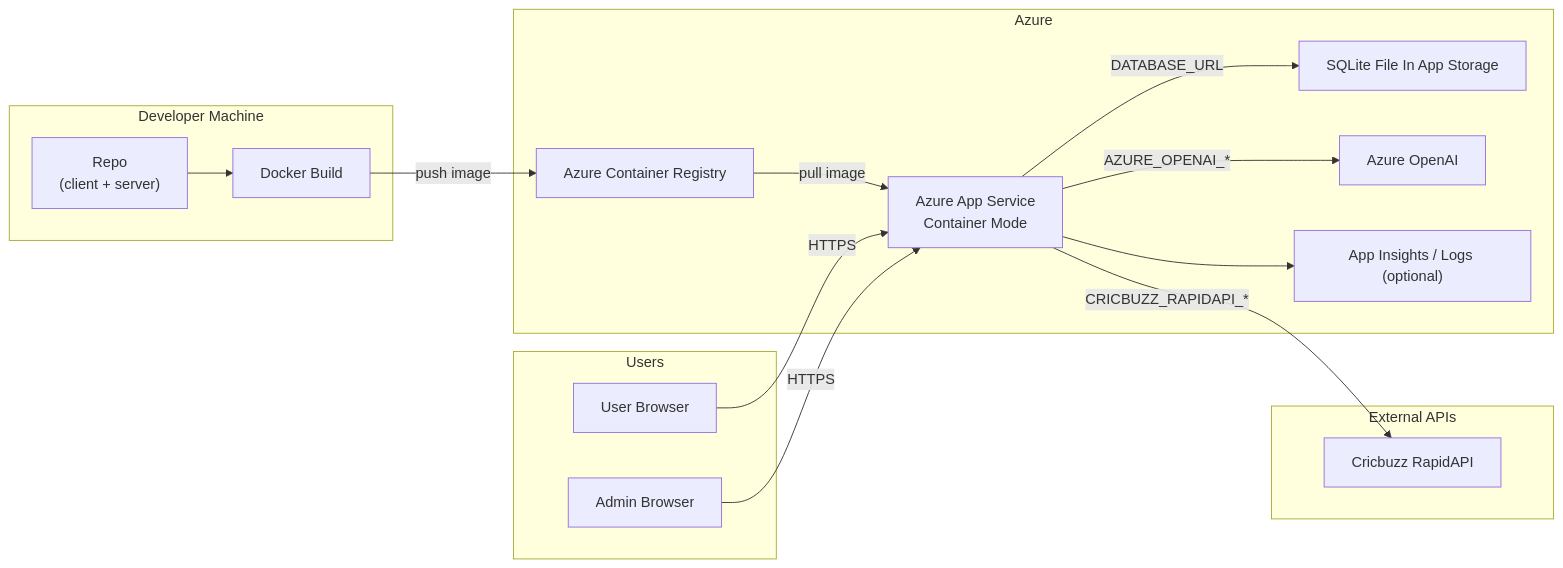
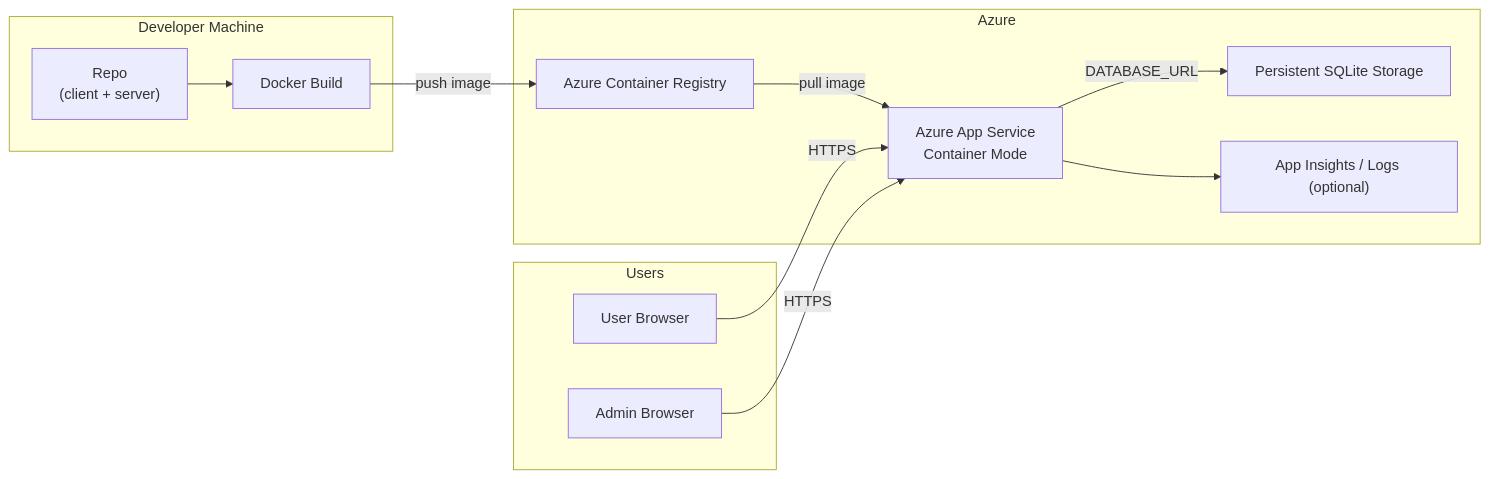
The diagram in deploy/azure/README.md (ankmohap/IFL_sqllite_public), drawn with Mermaid before and after one commit. The commit also changed other lines of this file and 6 other files, not shown here.

````diff
--- a/deploy/azure/README.md
+++ b/deploy/azure/README.md
@@ -10,34 +12,27 @@
 ```mermaid
 flowchart LR
   subgraph Dev["Developer Machine"]
     SRC["Repo\n(client + server)"]
     DOCKER["Docker Build"]
   end
 
   subgraph Azure
     ACR["Azure Container Registry"]
     APP["Azure App Service\nContainer Mode"]
-    DB["SQLite File In App Storage"]
-    AOAI["Azure OpenAI"]
+    DB["Persistent SQLite Storage"]
     INS["App Insights / Logs (optional)"]
-  end
-
-  subgraph External["External APIs"]
-    CB["Cricbuzz RapidAPI"]
   end
 
   subgraph Users
     B1["User Browser"]
     B2["Admin Browser"]
   end
 
   SRC --> DOCKER -->|push image| ACR
   ACR -->|pull image| APP
   APP -->|DATABASE_URL| DB
-  APP -->|AZURE_OPENAI_*| AOAI
-  APP -->|CRICBUZZ_RAPIDAPI_*| CB
   APP --> INS
 
   B1 -->|HTTPS| APP
   B2 -->|HTTPS| APP
 ```
````
